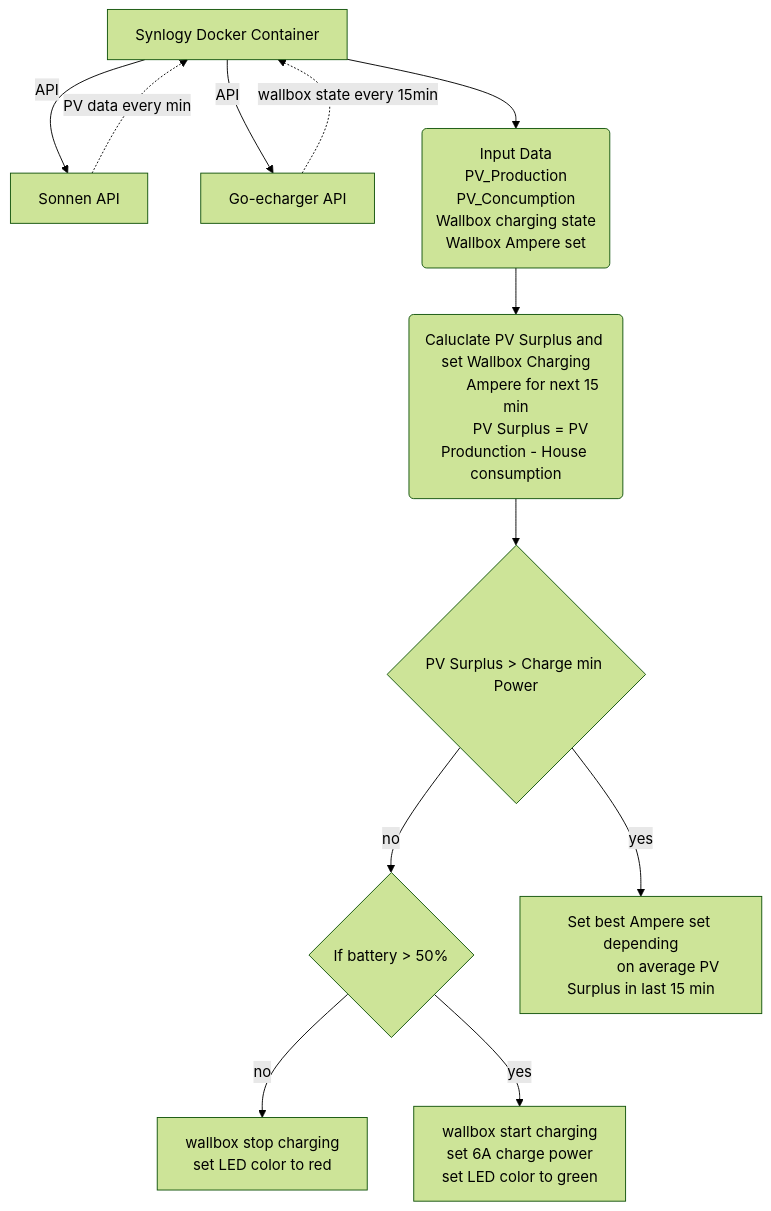
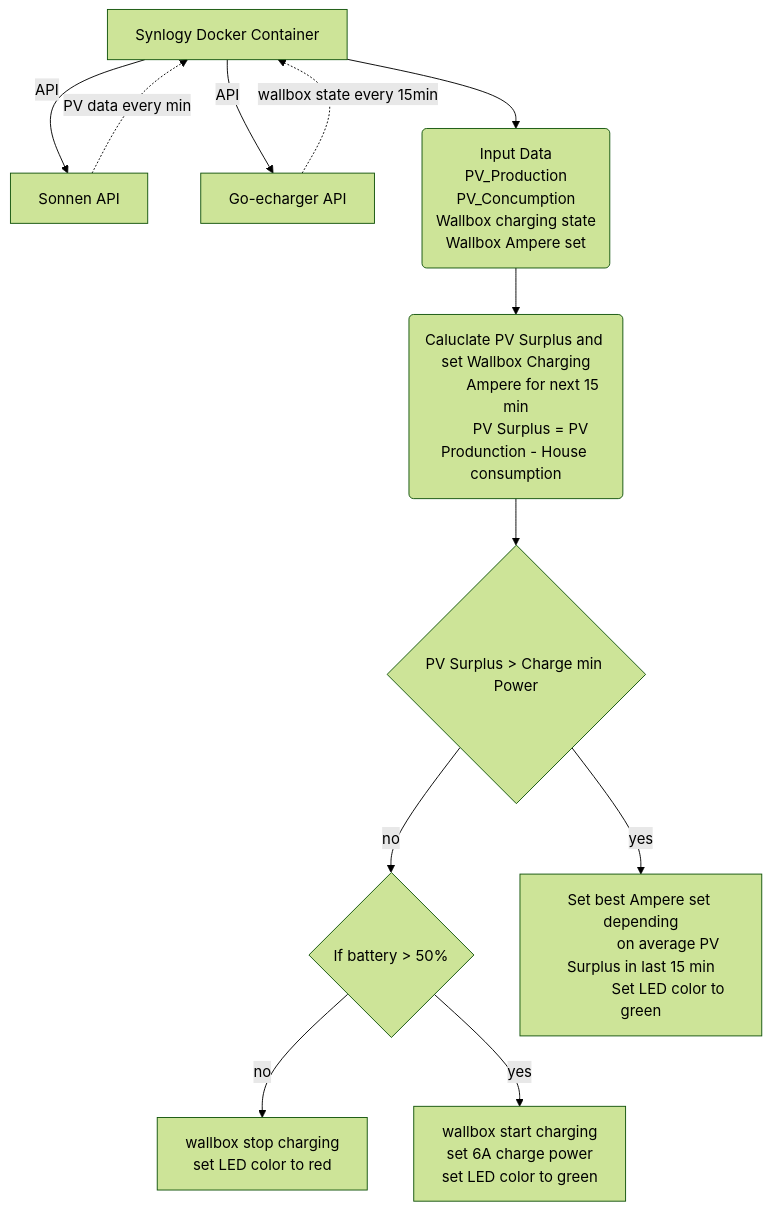
One commit to schwabenschulle/pvcharger changed the diagram in README.md. Above: the diagram before and after it, drawn with Mermaid (forest theme).

````diff
--- a/README.md
+++ b/README.md
@@ -22,25 +22,26 @@
 ```mermaid
 graph TD
 A[Synlogy Docker Container] -->|API| B[Sonnen API]
 B[Sonnen API] -.->|PV data every min| A[Synlogy Docker Container]
 A[Synlogy Docker Container] -->|API| C[Go-echarger API]
 C[Go-echarger API] -.->|wallbox state every 15min| A[Synlogy Docker Container]
 A[Synlogy Docker Container] -->D("Input Data
                 PV_Production
                 PV_Concumption
                 Wallbox charging state
                 Wallbox Ampere set")
 D --> E("Caluclate PV Surplus and set Wallbox Charging
          Ampere for next 15 min
         PV Surplus = PV Produnction - House consumption")
 E --> F{"PV Surplus > Charge min Power"}
 F -->|no| G{"If battery > 50%"}
 G --> |no| H["wallbox stop charging
              set LED color to red"]
 G -->|yes| I["wallbox start charging
               set 6A charge power
               set LED color to green"]
 F -->|yes| J["Set best Ampere set depending
-              on average PV Surplus in last 15 min"]
+              on average PV Surplus in last 15 min
+              Set LED color to green"]
 
 ```
````
